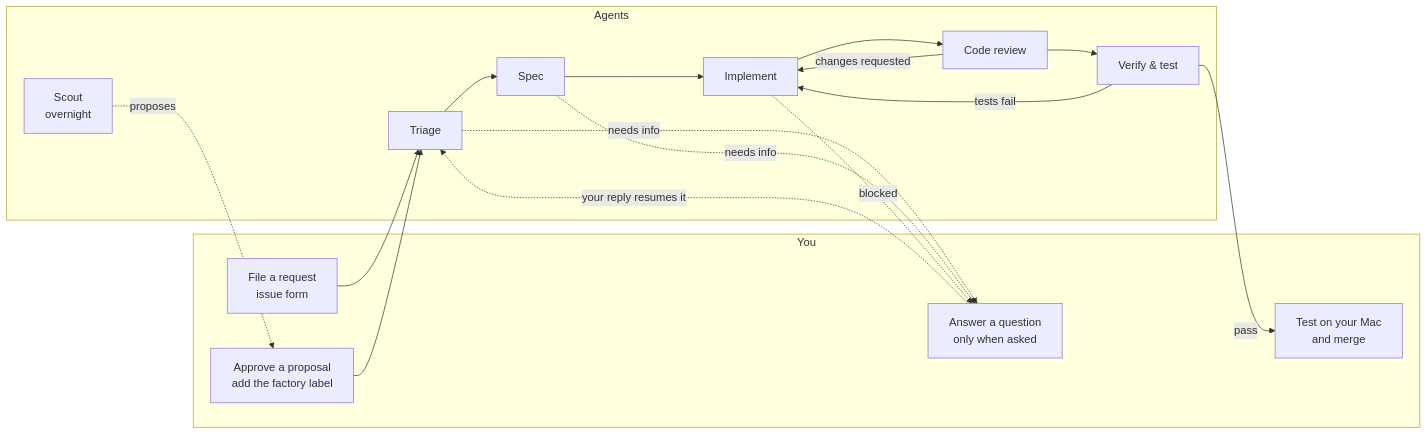
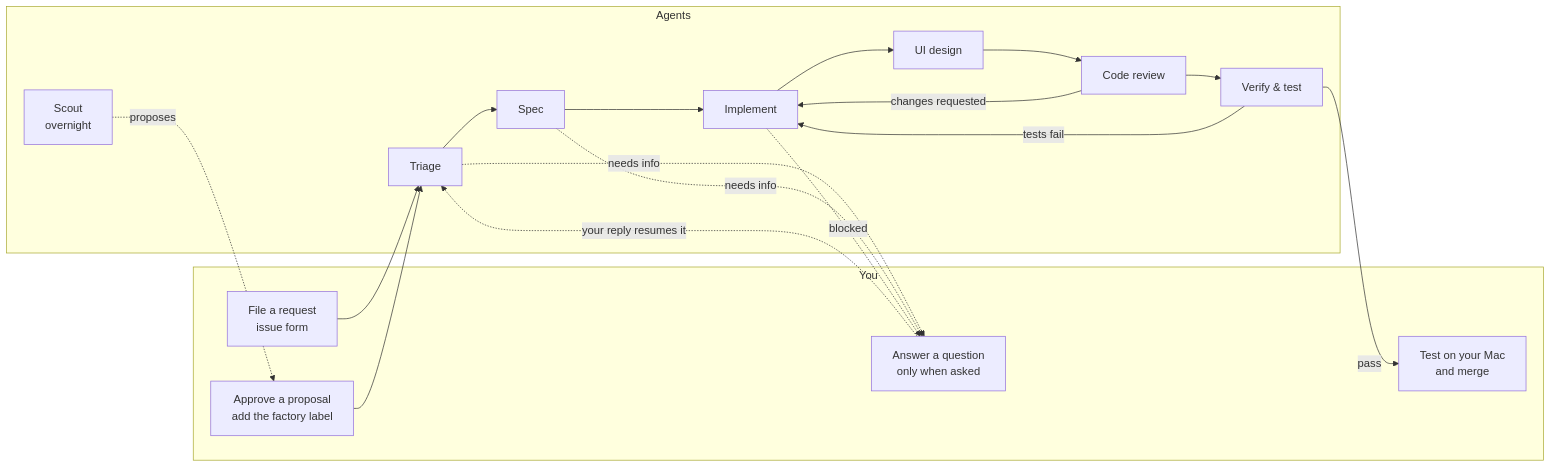
One commit to Meet-Trace/LMemM changed the diagram in factory/README.md. Above: the diagram before and after it, drawn with Mermaid. The commit also changed 4 other files, not shown here.

````diff
--- a/factory/README.md
+++ b/factory/README.md
@@ -6,22 +6,22 @@
 ```mermaid
 flowchart LR
   subgraph You
     R[File a request<br/>issue form]
     AP[Approve a proposal<br/>add the factory label]
     Q[Answer a question<br/>only when asked]
     T[Test on your Mac<br/>and merge]
   end
   subgraph Agents
     S[Scout<br/>overnight] -.proposes.-> AP
-    TR[Triage] --> SP[Spec] --> IM[Implement] --> RV[Code review] --> VE[Verify & test]
+    TR[Triage] --> SP[Spec] --> IM[Implement] --> UI[UI design] --> RV[Code review] --> VE[Verify & test]
     RV -- changes requested --> IM
     VE -- tests fail --> IM
   end
   R --> TR
   AP --> TR
   TR -. needs info .-> Q
   SP -. needs info .-> Q
   IM -. blocked .-> Q
   Q -. your reply resumes it .-> TR
   VE -- pass --> T
 ```
````
